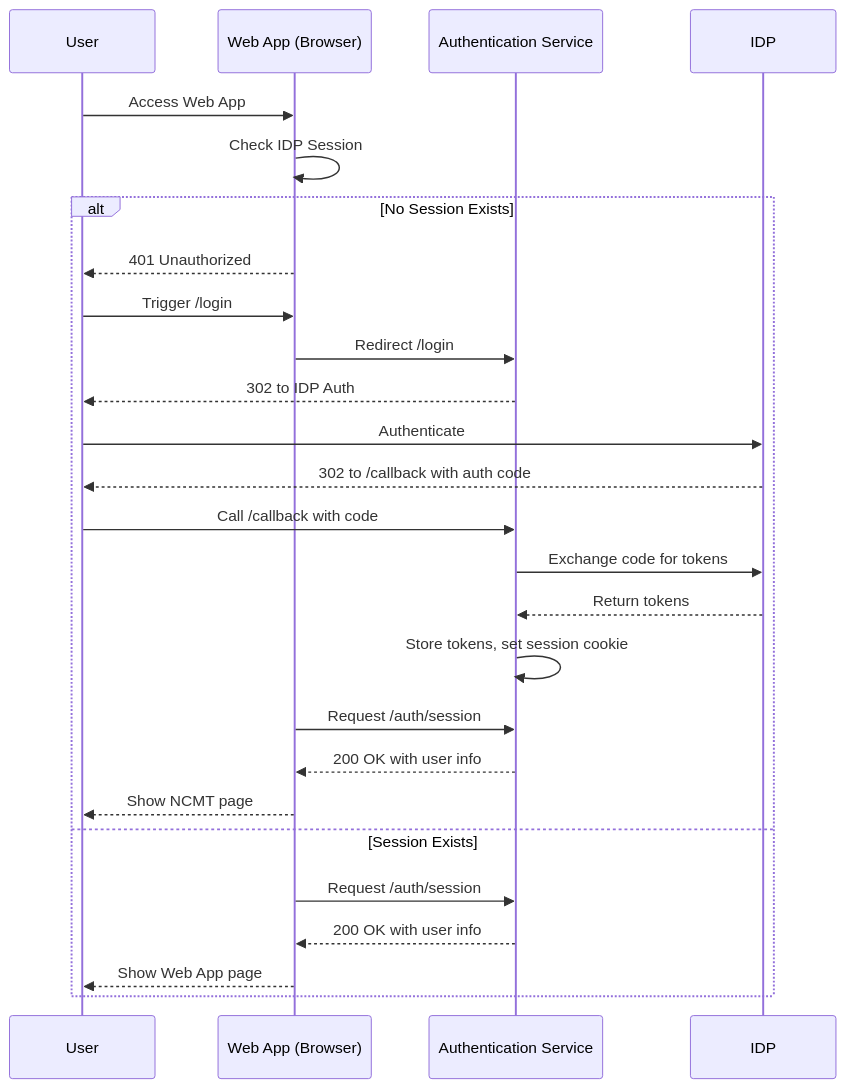
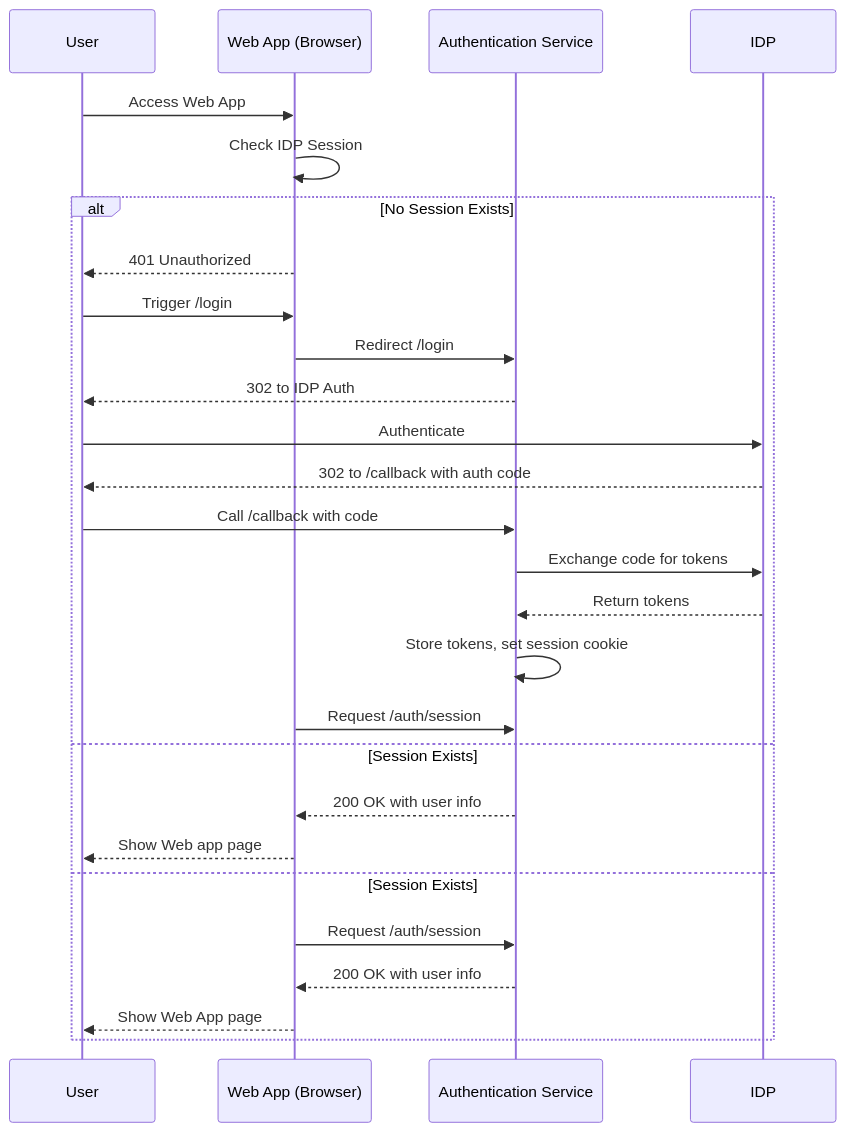
One commit to konsbe/oidc-pkce-authentication changed the diagram in assets/charts/backend-oidc.mermaid. Above: the diagram before and after it, drawn with Mermaid.

Commit message:
docs: idp config files

```diff
--- a/assets/charts/backend-oidc.mermaid
+++ b/assets/charts/backend-oidc.mermaid
@@ -1,27 +1,28 @@
 sequenceDiagram
     participant User
     participant Web App (Browser)
     participant Authentication Service
     participant IDP
 
     User->>Web App (Browser): Access Web App
     Web App (Browser)->>Web App (Browser): Check IDP Session
     alt No Session Exists
         Web App (Browser)-->>User: 401 Unauthorized
         User->>Web App (Browser): Trigger /login
         Web App (Browser)->>Authentication Service: Redirect /login
         Authentication Service-->>User: 302 to IDP Auth
         User->>IDP: Authenticate
         IDP-->>User: 302 to /callback with auth code
         User->>Authentication Service: Call /callback with code
         Authentication Service->>IDP: Exchange code for tokens
         IDP-->>Authentication Service: Return tokens
         Authentication Service->>Authentication Service: Store tokens, set session cookie
         Web App (Browser)->>Authentication Service: Request /auth/session
+    else Session Exists
         Authentication Service-->>Web App (Browser): 200 OK with user info
-        Web App (Browser)-->>User: Show NCMT page
+        Web App (Browser)-->>User: Show Web app page
     else Session Exists
         Web App (Browser)->>Authentication Service: Request /auth/session
         Authentication Service-->>Web App (Browser): 200 OK with user info
         Web App (Browser)-->>User: Show Web App page
     end
```
